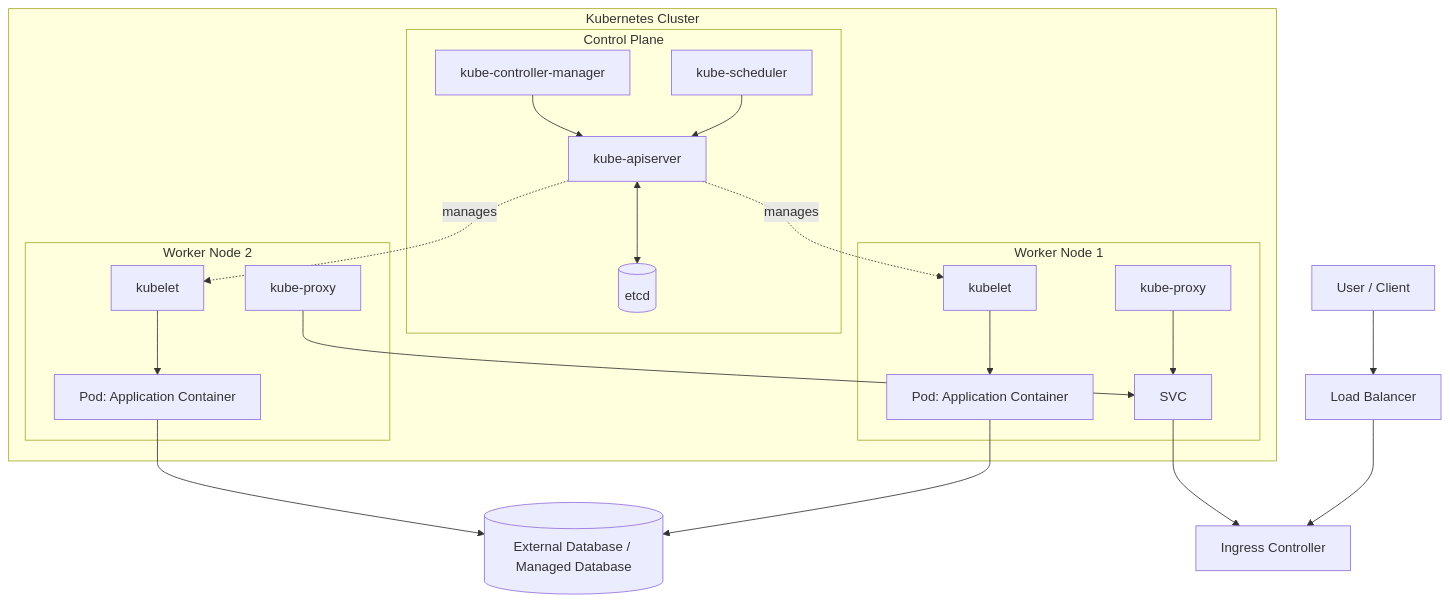
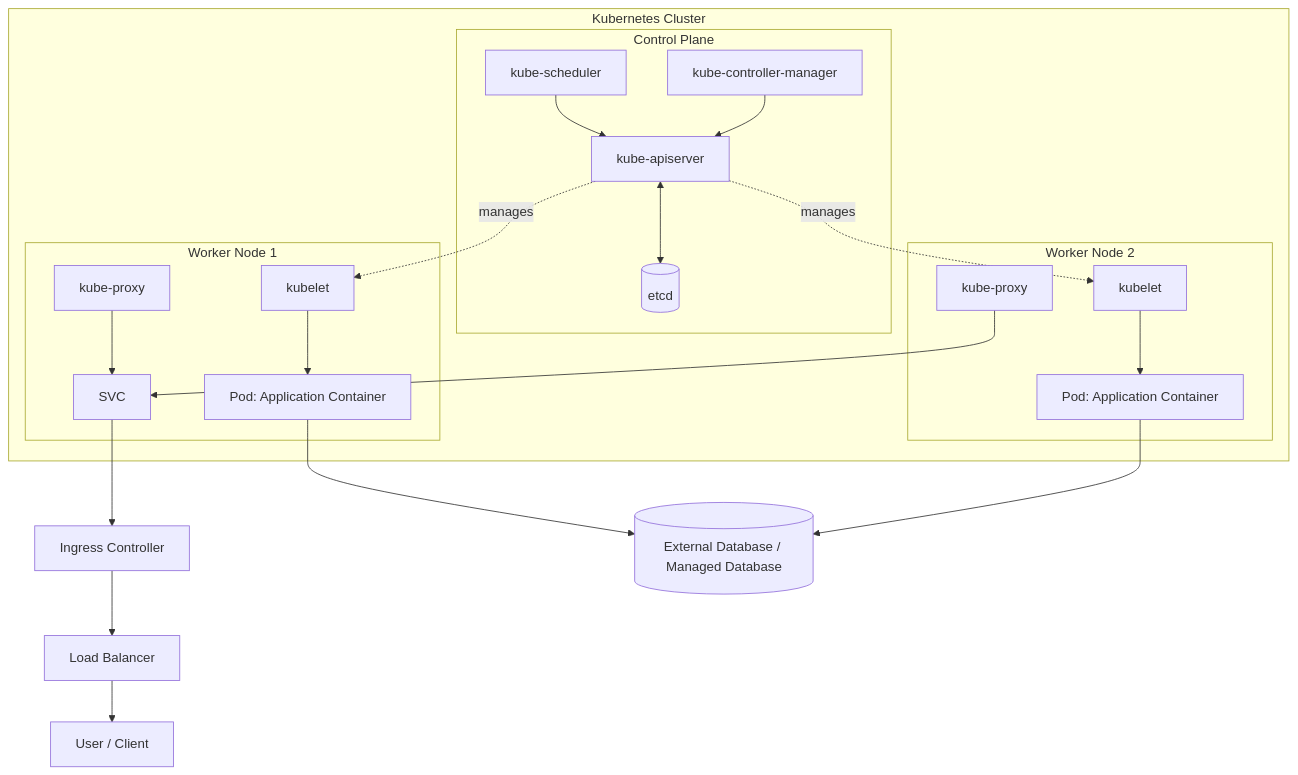
The diagram in Kubernetes/README.md (GuruRamPrasad/2026), drawn with Mermaid before and after one commit.

````diff
--- a/Kubernetes/README.md
+++ b/Kubernetes/README.md
@@ -7,40 +7,40 @@
 ```mermaid
 flowchart TB
-    U[User / Client] --> LB[Load Balancer]
-    LB --> ING[Ingress Controller]
+    LB[Load Balancer] --> U[User / Client]
+    ING[Ingress Controller] --> LB
     SVC --> ING[Ingress Controller]
 
     subgraph CLUSTER[Kubernetes Cluster]
         subgraph CP[Control Plane]
             API[ kube-apiserver ]
             ETCD[(etcd)]
             SCH[kube-scheduler]
             CM[kube-controller-manager]
             API <--> ETCD
             SCH --> API
             CM --> API
         end
 
         subgraph W1[Worker Node 1]
             K1[kubelet]
             P1[kube-proxy]
             POD1[Pod: Application Container]
             K1 --> POD1
             P1 --> SVC
         end
 
         subgraph W2[Worker Node 2]
             K2[kubelet]
             P2[kube-proxy]
             POD2[Pod: Application Container]
             K2 --> POD2
             P2 --> SVC
         end
 
         API -. manages .-> K1
         API -. manages .-> K2
     end
 
     POD1 --> DB[(External Database / Managed Database)]
     POD2 --> DB
 ```
````
